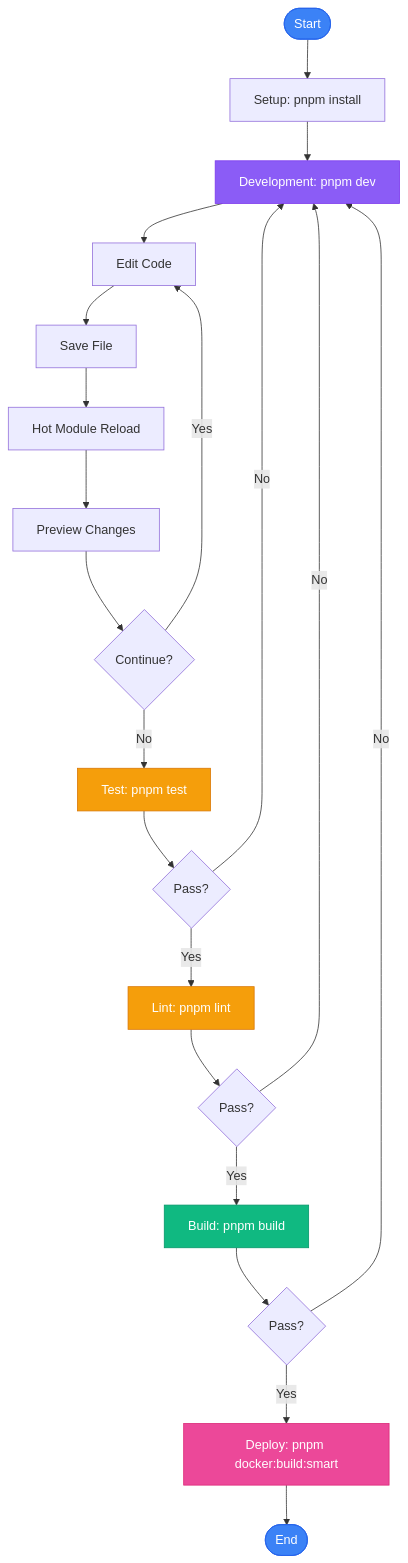
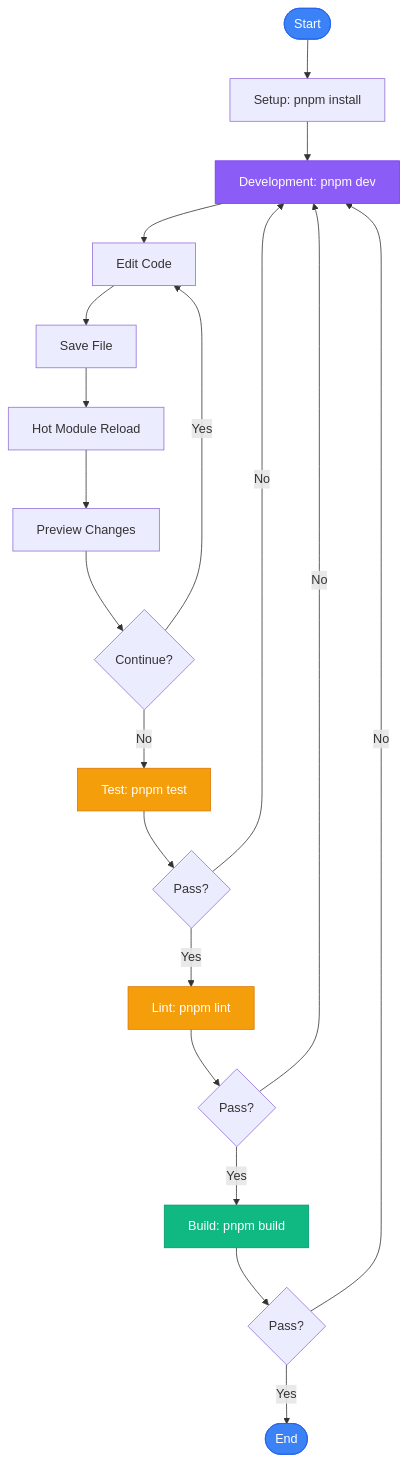
The fourth of 5 diagrams in README.md (tian972k/micro-fontend-base), drawn with Mermaid before and after one commit. The commit also changed other lines of this file and 79 other files, not shown here.

````diff
--- a/README.md
+++ b/README.md
@@ -216,35 +201,32 @@
 ```mermaid
 flowchart TB
     Start([Start]) --> Setup[Setup: pnpm install]
     Setup --> Dev[Development: pnpm dev]
 
     Dev --> EditCode[Edit Code]
     EditCode --> Save[Save File]
     Save --> HMR[Hot Module Reload]
     HMR --> Preview[Preview Changes]
     Preview --> Continue{Continue?}
     Continue -->|Yes| EditCode
     Continue -->|No| Test
 
     Test[Test: pnpm test] --> TestPass{Pass?}
     TestPass -->|No| Dev
     TestPass -->|Yes| Lint[Lint: pnpm lint]
 
     Lint --> LintPass{Pass?}
     LintPass -->|No| Dev
     LintPass -->|Yes| Build[Build: pnpm build]
 
     Build --> BuildPass{Pass?}
     BuildPass -->|No| Dev
-    BuildPass -->|Yes| Deploy[Deploy: pnpm docker:build:smart]
-
-    Deploy --> End([End])
+    BuildPass -->|Yes| End([End])
 
     style Start fill:#3b82f6,stroke:#2563eb,color:#fff
     style Dev fill:#8b5cf6,stroke:#7c3aed,color:#fff
     style Test fill:#f59e0b,stroke:#d97706,color:#fff
     style Lint fill:#f59e0b,stroke:#d97706,color:#fff
     style Build fill:#10b981,stroke:#059669,color:#fff
-    style Deploy fill:#ec4899,stroke:#db2777,color:#fff
     style End fill:#3b82f6,stroke:#2563eb,color:#fff
 ```
````
